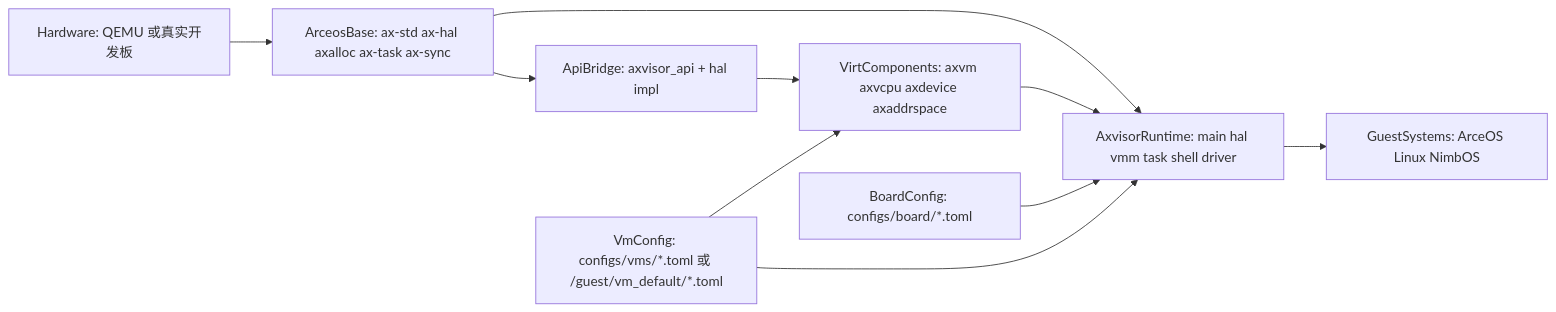
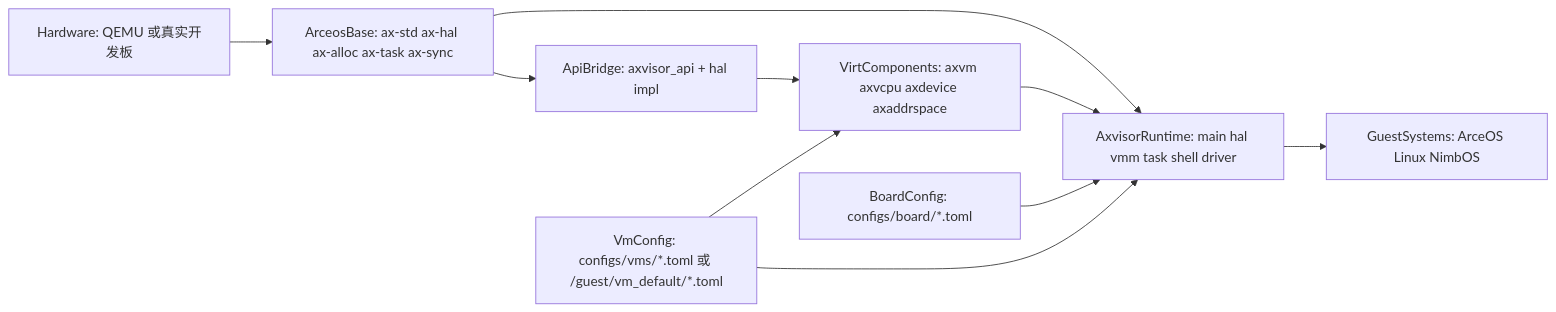
Before and after one commit to zKurisu/tgoskits: the first of 5 diagrams in docs/axvisor-internals.md, drawn with Mermaid. The commit also changed other lines of this file and 75 other files, not shown here.

Commit message:
rename axalloc to ax-alloc

````diff
--- a/docs/axvisor-internals.md
+++ b/docs/axvisor-internals.md
@@ -26,21 +26,21 @@
 ```mermaid
 flowchart LR
     hardware["Hardware: QEMU 或真实开发板"]
-    arceosBase["ArceosBase: ax-std ax-hal axalloc ax-task ax-sync"]
+    arceosBase["ArceosBase: ax-std ax-hal ax-alloc ax-task ax-sync"]
     virtComponents["VirtComponents: axvm axvcpu axdevice axaddrspace"]
     apiBridge["ApiBridge: axvisor_api + hal impl"]
     axvisorRuntime["AxvisorRuntime: main hal vmm task shell driver"]
     guestSystems["GuestSystems: ArceOS Linux NimbOS"]
     boardConfig["BoardConfig: configs/board/*.toml"]
     vmConfig["VmConfig: configs/vms/*.toml 或 /guest/vm_default/*.toml"]
 
     hardware --> arceosBase
     arceosBase --> apiBridge
     arceosBase --> axvisorRuntime
     virtComponents --> axvisorRuntime
     apiBridge --> virtComponents
     axvisorRuntime --> guestSystems
     boardConfig --> axvisorRuntime
     vmConfig --> axvisorRuntime
     vmConfig --> virtComponents
 ```
````
